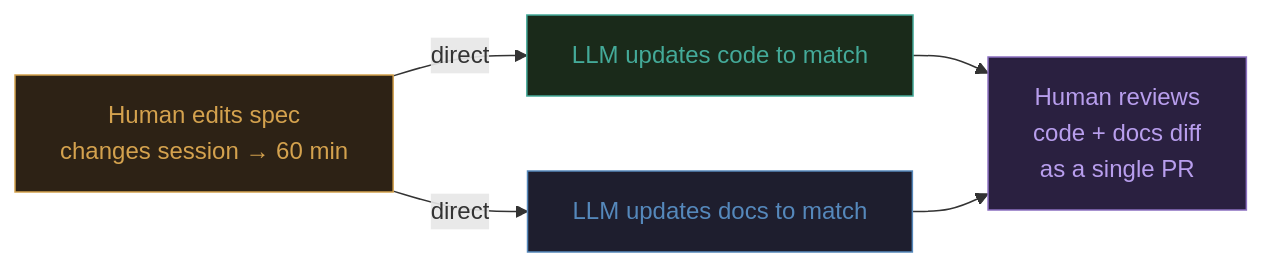
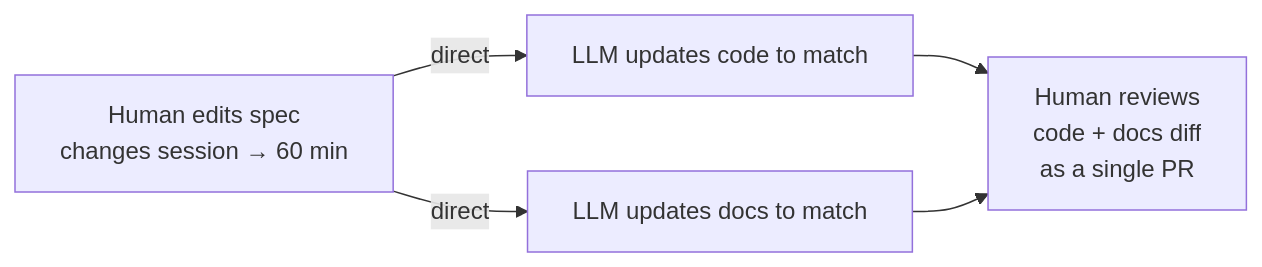
One commit to davidroeca/NotarAI changed the fifth of 13 diagrams in docs-site/src/content/docs/background/design-diagrams.md. Above: the diagram before and after it, drawn with Mermaid. The commit also changed other lines of this file and 12 other files, not shown here.

First line of the commit message:
Update docs site - mermaid rendering

````diff
--- a/docs-site/src/content/docs/background/design-diagrams.md
+++ b/docs-site/src/content/docs/background/design-diagrams.md
@@ -169,17 +141,12 @@
 ```mermaid
 flowchart LR
     B1["Human edits spec<br/>changes session → 60 min"]
     B2["LLM updates code to match"]
     B3["LLM updates docs to match"]
     B4["Human reviews<br/>code + docs diff<br/>as a single PR"]
 
     B1 -->|direct| B2
     B1 -->|direct| B3
     B2 --> B4
     B3 --> B4
-
-    style B1 fill:#2d2215,stroke:#d4a24e,color:#d4a24e
-    style B2 fill:#1a2a1a,stroke:#4a9,color:#4a9
-    style B3 fill:#1e1e2e,stroke:#5588bb,color:#5588bb
-    style B4 fill:#2a2040,stroke:#8b6fc0,color:#b89eed
 ```
````
